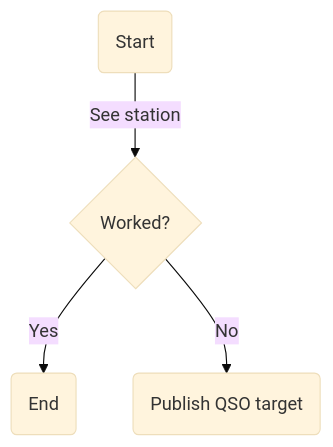
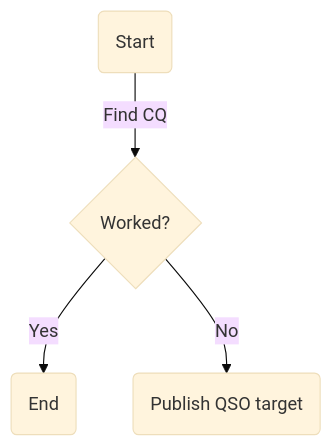
The diagram in doc/workflow.md (ckuhtz/ham), drawn with Mermaid (base theme) before and after one commit.

````diff
--- a/doc/workflow.md
+++ b/doc/workflow.md
@@ -5,6 +5,6 @@
 ```mermaid
 flowchart TD;
-    A(Start) -->|See station| B{Worked?};
+    A(Start) -->|Find CQ| B{Worked?};
     B -->|Yes| C(End);
     B -->|No| D(Publish QSO target);
 ```
````
